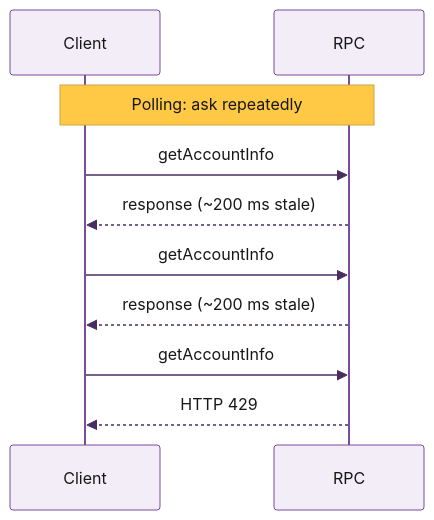
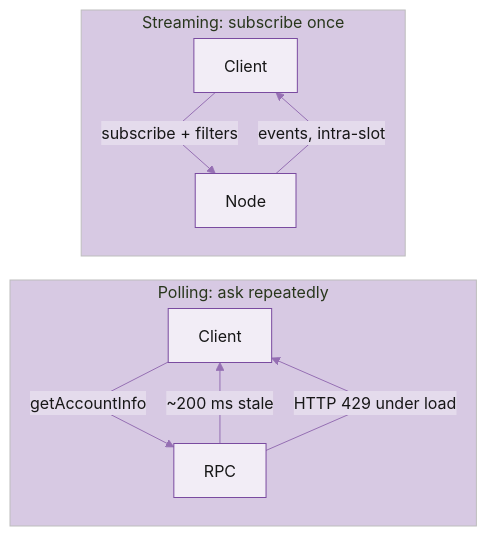
Before and after one commit to praptisharma28/triton-docs-v5: the diagram in documentation/real-time-streaming.md, drawn with Mermaid. The commit also changed other lines of this file and 2 other files, not shown here.

Commit message:
docs(streaming): fix broken Lucide-style icons; combine intro diagrams horizontally; 'transaction patterns'->'transactions'
Broken FA classes (Lucide names) -> valid FA6: repeat-2->right-left, sliders-horizontal->filter,
book-marked->newspaper, git-fork->code-fork. Streaming overview: 2 stacked sequence diagrams ->
one horizontal flowchart (polling vs streaming side by side).

````diff
--- a/documentation/real-time-streaming.md
+++ b/documentation/real-time-streaming.md
@@ -17,13 +17,15 @@
 ```mermaid
-%%{init: {'theme':'base','themeVariables':{'primaryColor':'#F2EDF6','primaryBorderColor':'#7A4BA0','primaryTextColor':'#171717','lineColor':'#956FB3','secondaryColor':'#E4DBEC','tertiaryColor':'#D7C9E3','noteBkgColor':'#FFC845','noteTextColor':'#171717','actorBkg':'#F2EDF6','actorBorder':'#7A4BA0','actorTextColor':'#171717','signalColor':'#492D60','labelBoxBkgColor':'#7A4BA0','labelTextColor':'#F7F7F7','edgeLabelBackground':'transparent'}}}%%
-sequenceDiagram
-    participant Client
-    participant RPC
-    Note over Client,RPC: Polling: ask repeatedly
-    Client->>RPC: getAccountInfo
-    RPC-->>Client: response (~200 ms stale)
-    Client->>RPC: getAccountInfo
-    RPC-->>Client: response (~200 ms stale)
-    Client->>RPC: getAccountInfo
-    RPC-->>Client: HTTP 429
+%%{init: {'theme':'base','themeVariables':{'primaryColor':'#F2EDF6','primaryBorderColor':'#7A4BA0','primaryTextColor':'#171717','lineColor':'#956FB3','secondaryColor':'#E4DBEC','tertiaryColor':'#D7C9E3'},'flowchart':{'nodeSpacing':24,'rankSpacing':32,'curve':'linear'}}}%%
+flowchart LR
+    subgraph poll["Polling: ask repeatedly"]
+        direction TB
+        pc["Client"] -->|"getAccountInfo"| pr["RPC"]
+        pr -->|"~200 ms stale"| pc
+        pr -->|"HTTP 429 under load"| pc
+    end
+    subgraph stream["Streaming: subscribe once"]
+        direction TB
+        sc["Client"] -->|"subscribe + filters"| sr["Node"]
+        sr -->|"events, intra-slot"| sc
+    end
 ```
````
